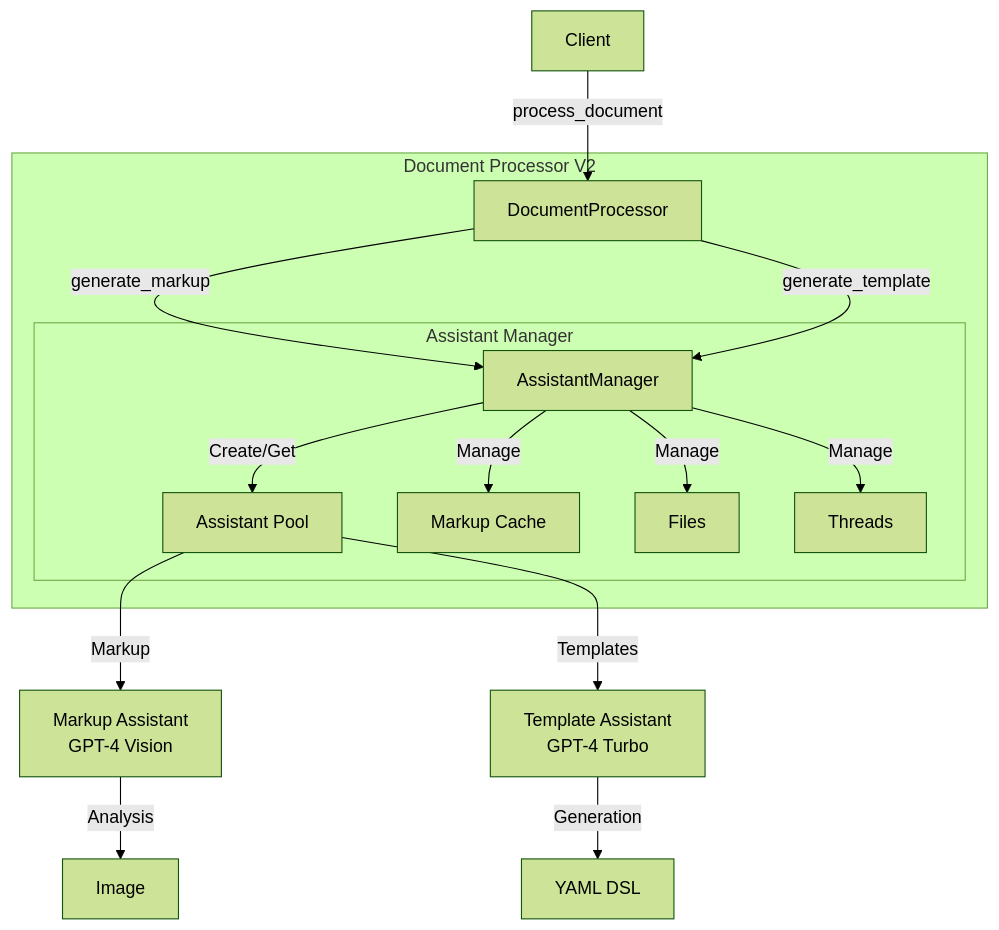
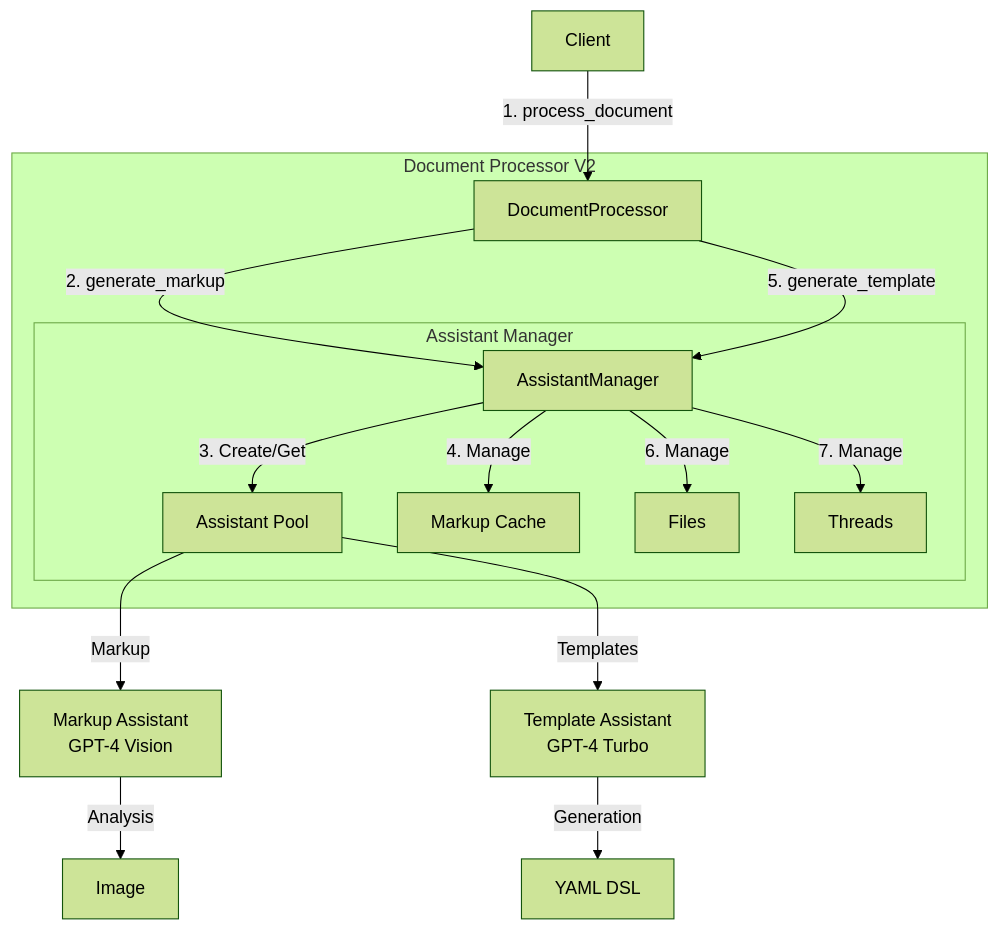
One commit to olegische/roro-tasks changed the first of 7 diagrams in docs-task/document_processor_v2/ARCHITECTURE.md. Above: the diagram before and after it, drawn with Mermaid (forest theme).

````diff
--- a/docs-task/document_processor_v2/ARCHITECTURE.md
+++ b/docs-task/document_processor_v2/ARCHITECTURE.md
@@ -5,22 +5,22 @@
 ```mermaid
 graph TB
-    Client -->|process_document| DP[DocumentProcessor]
+    Client[Client] -->|1. process_document| DP[DocumentProcessor]
     
     subgraph "Document Processor V2"
-        DP -->|generate_markup| AM[AssistantManager]
-        DP -->|generate_template| AM
+        DP -->|2. generate_markup| AM[AssistantManager]
+        DP -->|5. generate_template| AM
         
         subgraph "Assistant Manager"
-            AM -->|Create/Get| Assistants[Assistant Pool]
-            AM -->|Manage| Cache[Markup Cache]
-            AM -->|Manage| Files[Files]
-            AM -->|Manage| Threads[Threads]
+            AM -->|3. Create/Get| Assistants[Assistant Pool]
+            AM -->|4. Manage| Cache[Markup Cache]
+            AM -->|6. Manage| Files[Files]
+            AM -->|7. Manage| Threads[Threads]
         end
     end
     
     Assistants -->|Markup| MA[Markup Assistant\nGPT-4 Vision]
     Assistants -->|Templates| TA[Template Assistant\nGPT-4 Turbo]
     
     MA -->|Analysis| Image[Image]
     TA -->|Generation| DSL[YAML DSL]
 ```
````
